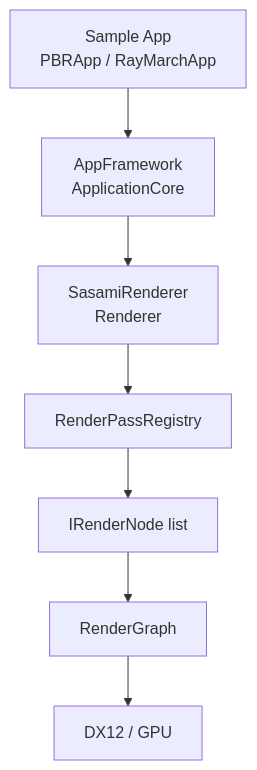
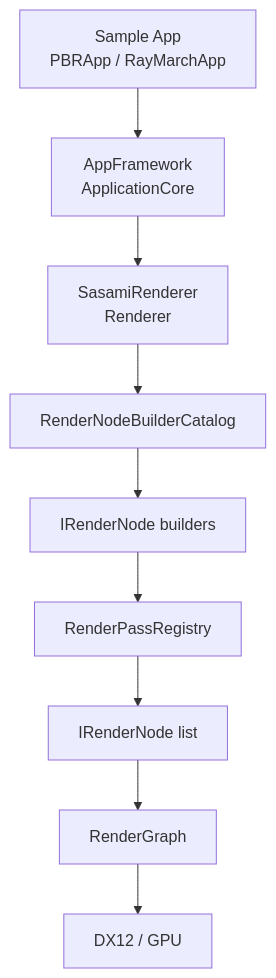
Before and after one commit to ShiromiSasami/SasamiRenderer: the first of 2 diagrams in README.md, drawn with Mermaid. The commit also changed other lines of this file and 159 other files, not shown here.

````diff
--- a/README.md
+++ b/README.md
@@ -152,9 +283,11 @@
 ```mermaid
 flowchart TD
     A["Sample App<br/>PBRApp / RayMarchApp"] --> B["AppFramework<br/>ApplicationCore"]
     B --> C["SasamiRenderer<br/>Renderer"]
-    C --> D["RenderPassRegistry"]
-    D --> E["IRenderNode list"]
-    E --> F["RenderGraph"]
-    F --> G["DX12 / GPU"]
+    C --> D["RenderNodeBuilderCatalog"]
+    D --> E["IRenderNode builders"]
+    E --> F["RenderPassRegistry"]
+    F --> G["IRenderNode list"]
+    G --> H["RenderGraph"]
+    H --> I["DX12 / GPU"]
 ```
````
